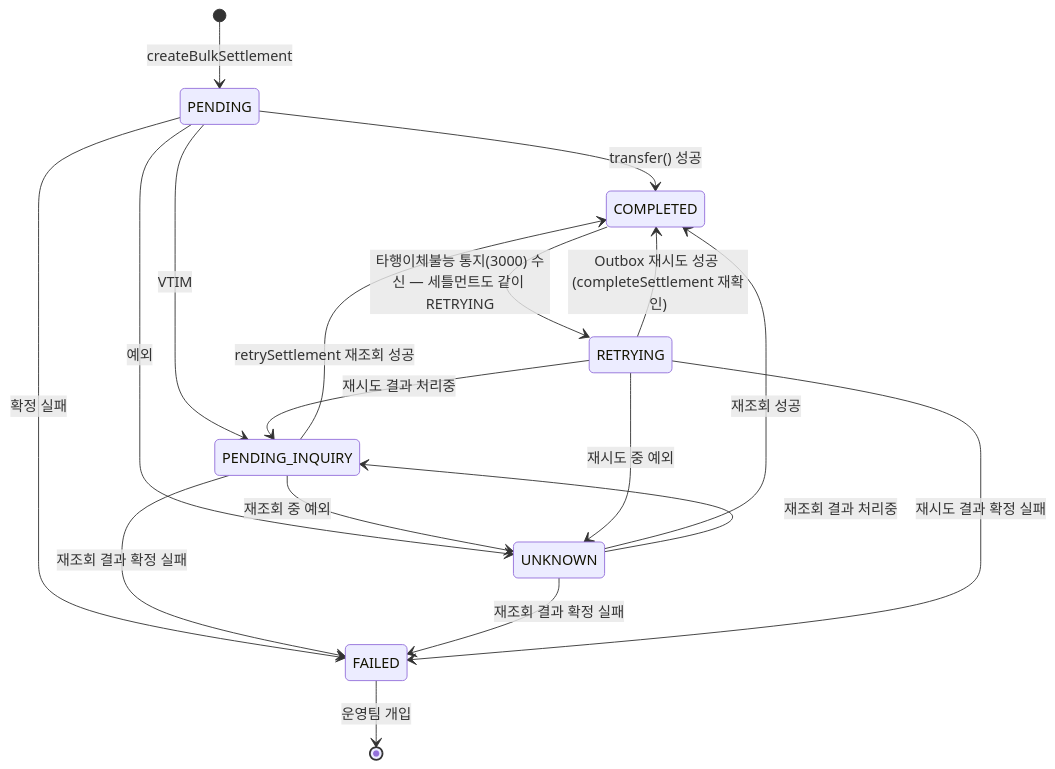
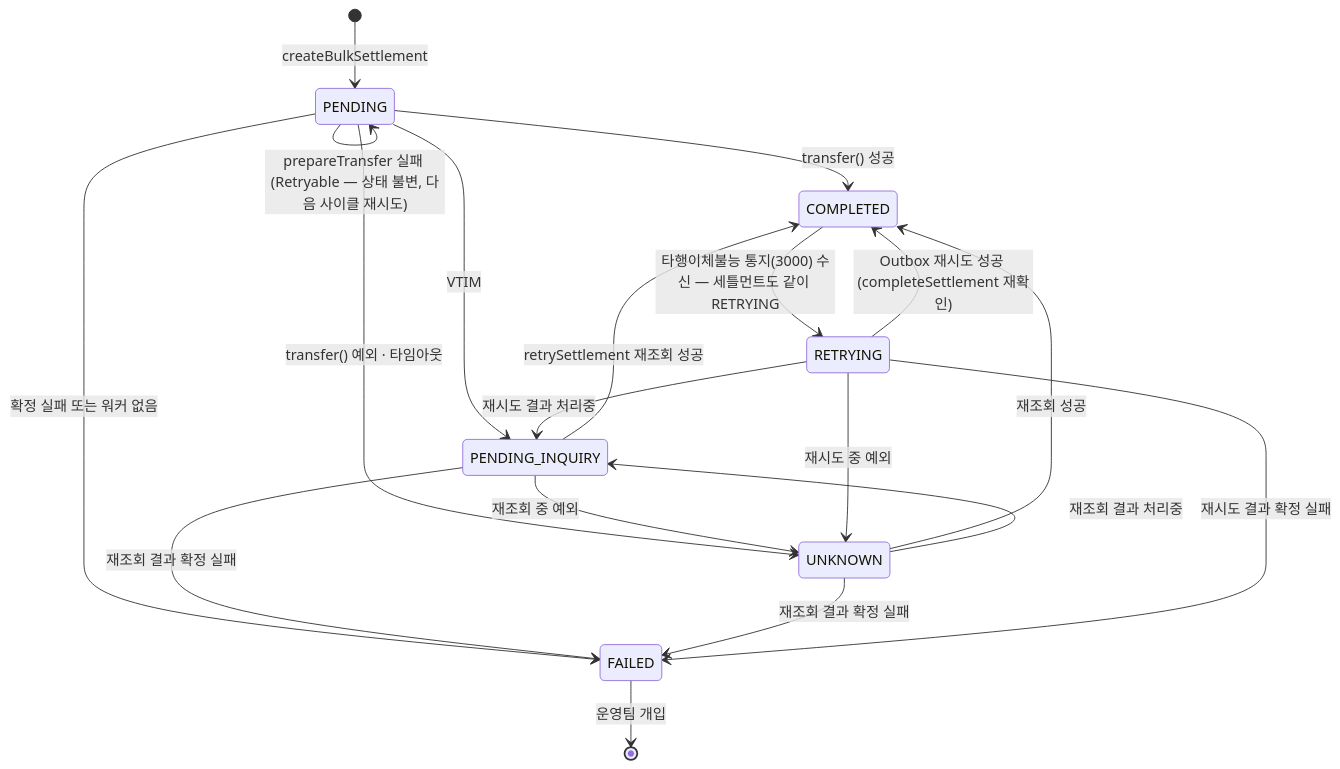
One commit to YOUHEETAE/wage-clock changed the third of 4 diagrams in docs/diagrams/state-diagram.md. Above: the diagram before and after it, drawn with Mermaid. The commit also changed other lines of this file and 8 other files, not shown here.

````diff
--- a/docs/diagrams/state-diagram.md
+++ b/docs/diagrams/state-diagram.md
@@ -69,26 +70,27 @@
 ```mermaid
 stateDiagram-v2
     [*] --> PENDING: createBulkSettlement
 
     PENDING --> COMPLETED: transfer() 성공
     PENDING --> PENDING_INQUIRY: VTIM
-    PENDING --> FAILED: 확정 실패
-    PENDING --> UNKNOWN: 예외
+    PENDING --> FAILED: 확정 실패 또는 워커 없음
+    PENDING --> UNKNOWN: transfer() 예외 · 타임아웃
+    PENDING --> PENDING: prepareTransfer 실패 (Retryable — 상태 불변, 다음 사이클 재시도)
 
     PENDING_INQUIRY --> COMPLETED: retrySettlement 재조회 성공
     PENDING_INQUIRY --> FAILED: 재조회 결과 확정 실패
     PENDING_INQUIRY --> UNKNOWN: 재조회 중 예외
 
     UNKNOWN --> COMPLETED: 재조회 성공
     UNKNOWN --> PENDING_INQUIRY: 재조회 결과 처리중
     UNKNOWN --> FAILED: 재조회 결과 확정 실패
 
     COMPLETED --> RETRYING: 타행이체불능 통지(3000) 수신 — 세틀먼트도 같이 RETRYING
 
     RETRYING --> COMPLETED: Outbox 재시도 성공 (completeSettlement 재확인)
     RETRYING --> PENDING_INQUIRY: 재시도 결과 처리중
     RETRYING --> FAILED: 재시도 결과 확정 실패
     RETRYING --> UNKNOWN: 재시도 중 예외
 
     FAILED --> [*]: 운영팀 개입
 ```
````
